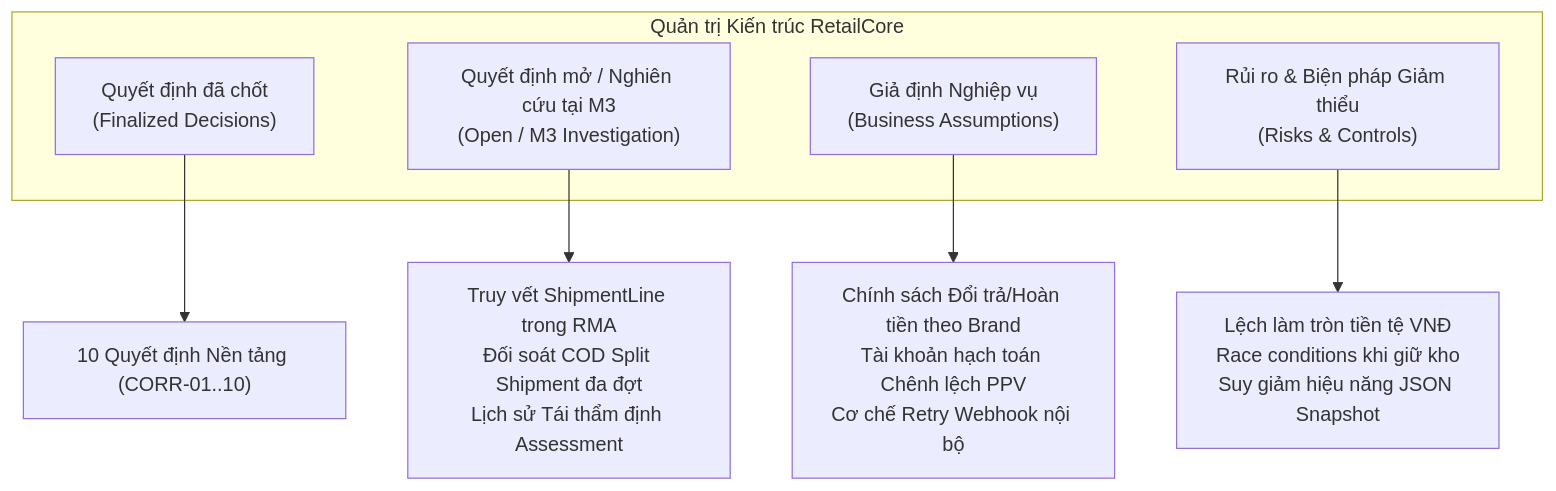
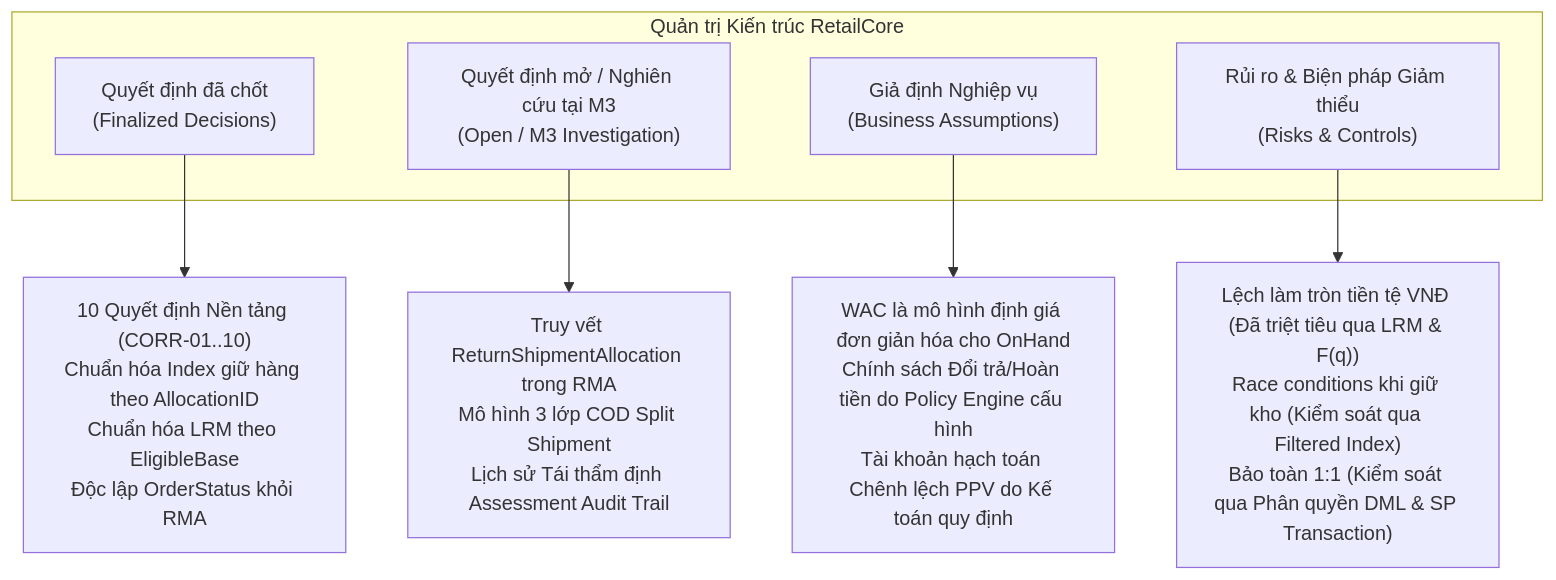
One commit to itzchugnn/RetailCore-E-commerce-Management-System changed the first of 14 diagrams in docs/Project-Progress-Report-Pre-M3.md. Above: the diagram before and after it, drawn with Mermaid. The commit also changed other lines of this file and 1 other file, not shown here.

First line of the commit message:
docs(m3): resolve pre-m3 architecture issues and upgrade progress report to v2.1

````diff
--- a/docs/Project-Progress-Report-Pre-M3.md
+++ b/docs/Project-Progress-Report-Pre-M3.md
@@ -39,13 +39,13 @@
 ```mermaid
 graph TD
     subgraph Architecture_Governance["Quản trị Kiến trúc RetailCore"]
         A["Quyết định đã chốt<br>(Finalized Decisions)"]
         B["Quyết định mở / Nghiên cứu tại M3<br>(Open / M3 Investigation)"]
         C["Giả định Nghiệp vụ<br>(Business Assumptions)"]
         D["Rủi ro & Biện pháp Giảm thiểu<br>(Risks & Controls)"]
     end
-    A --> A1["10 Quyết định Nền tảng (CORR-01..10)"]
-    B --> B1["Truy vết ShipmentLine trong RMA<br>Đối soát COD Split Shipment đa đợt<br>Lịch sử Tái thẩm định Assessment"]
-    C --> C1["Chính sách Đổi trả/Hoàn tiền theo Brand<br>Tài khoản hạch toán Chênh lệch PPV<br>Cơ chế Retry Webhook nội bộ"]
-    D --> D1["Lệch làm tròn tiền tệ VNĐ<br>Race conditions khi giữ kho<br>Suy giảm hiệu năng JSON Snapshot"]
+    A --> A1["10 Quyết định Nền tảng (CORR-01..10)<br>Chuẩn hóa Index giữ hàng theo AllocationID<br>Chuẩn hóa LRM theo EligibleBase<br>Độc lập OrderStatus khỏi RMA"]
+    B --> B1["Truy vết ReturnShipmentAllocation trong RMA<br>Mô hình 3 lớp COD Split Shipment<br>Lịch sử Tái thẩm định Assessment Audit Trail"]
+    C --> C1["WAC là mô hình định giá đơn giản hóa cho OnHand<br>Chính sách Đổi trả/Hoàn tiền do Policy Engine cấu hình<br>Tài khoản hạch toán Chênh lệch PPV do Kế toán quy định"]
+    D --> D1["Lệch làm tròn tiền tệ VNĐ (Đã triệt tiêu qua LRM & F(q))<br>Race conditions khi giữ kho (Kiểm soát qua Filtered Index)<br>Bảo toàn 1:1 (Kiểm soát qua Phân quyền DML & SP Transaction)"]
 ```
````
